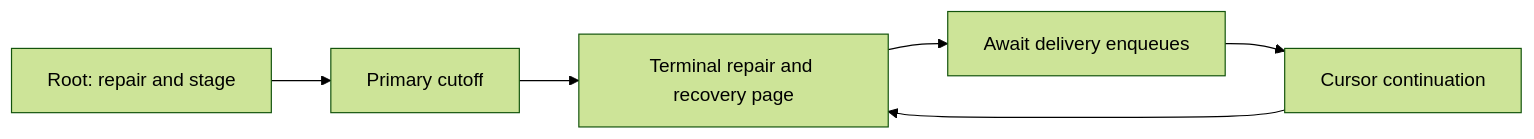
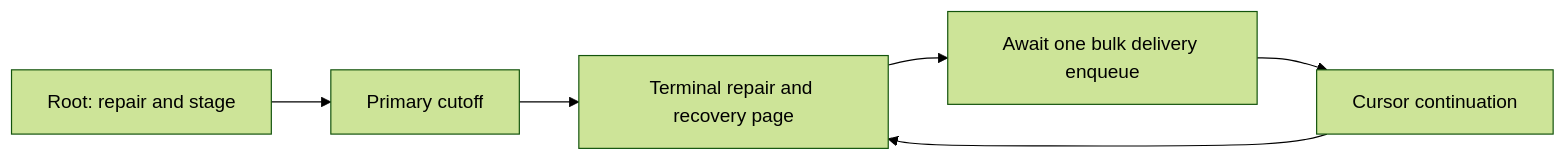
The diagram in docs/overview/architecture/queues/workers/notifications/README.md (vouchington/vouchington), drawn with Mermaid (forest theme) before and after one commit. The commit also changed other lines of this file and 49 other files, not shown here.

````diff
--- a/docs/overview/architecture/queues/workers/notifications/README.md
+++ b/docs/overview/architecture/queues/workers/notifications/README.md
@@ -36,8 +39,8 @@
 ```mermaid
 flowchart LR
   root[Root: repair and stage] --> cutoff[Primary cutoff]
   cutoff --> page[Terminal repair and recovery page]
-  page --> children[Await delivery enqueues]
+  page --> children[Await one bulk delivery enqueue]
   children --> next[Cursor continuation]
   next --> page
 ```
````
